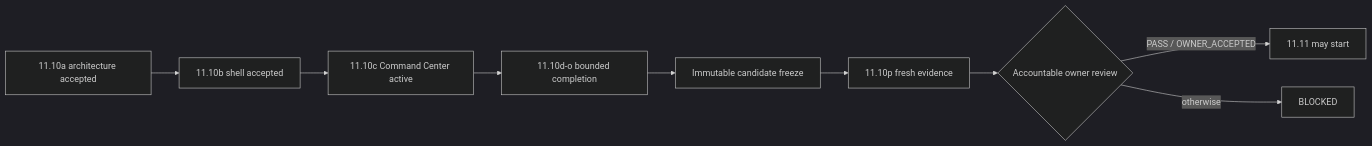
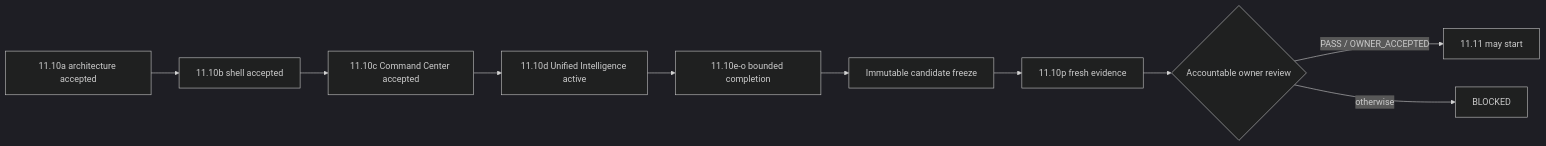
One commit to GJvManen/dtmo changed the diagram in docs/project/EXECUTIVE_DECISION_VIEW.md. Above: the diagram before and after it, drawn with Mermaid (dark theme). The commit also changed other lines of this file, not shown here.

````diff
--- a/docs/project/EXECUTIVE_DECISION_VIEW.md
+++ b/docs/project/EXECUTIVE_DECISION_VIEW.md
@@ -50,11 +52,12 @@
 ```mermaid
 flowchart LR
     A[11.10a architecture accepted] --> B[11.10b shell accepted]
-    B --> C[11.10c Command Center active]
-    C --> D[11.10d-o bounded completion]
-    D --> F[Immutable candidate freeze]
+    B --> C[11.10c Command Center accepted]
+    C --> D[11.10d Unified Intelligence active]
+    D --> R[11.10e-o bounded completion]
+    R --> F[Immutable candidate freeze]
     F --> E[11.10p fresh evidence]
     E --> O{Accountable owner review}
     O -->|PASS / OWNER_ACCEPTED| N[11.11 may start]
     O -->|otherwise| X[BLOCKED]
 ```
````
